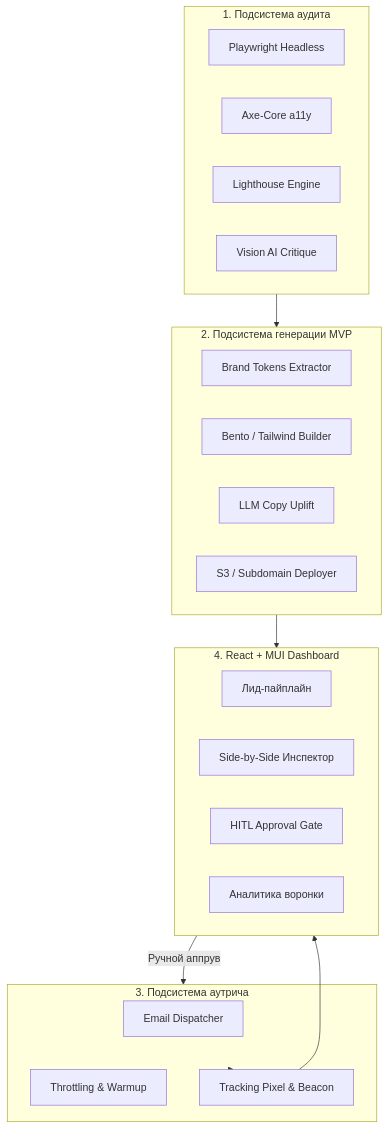
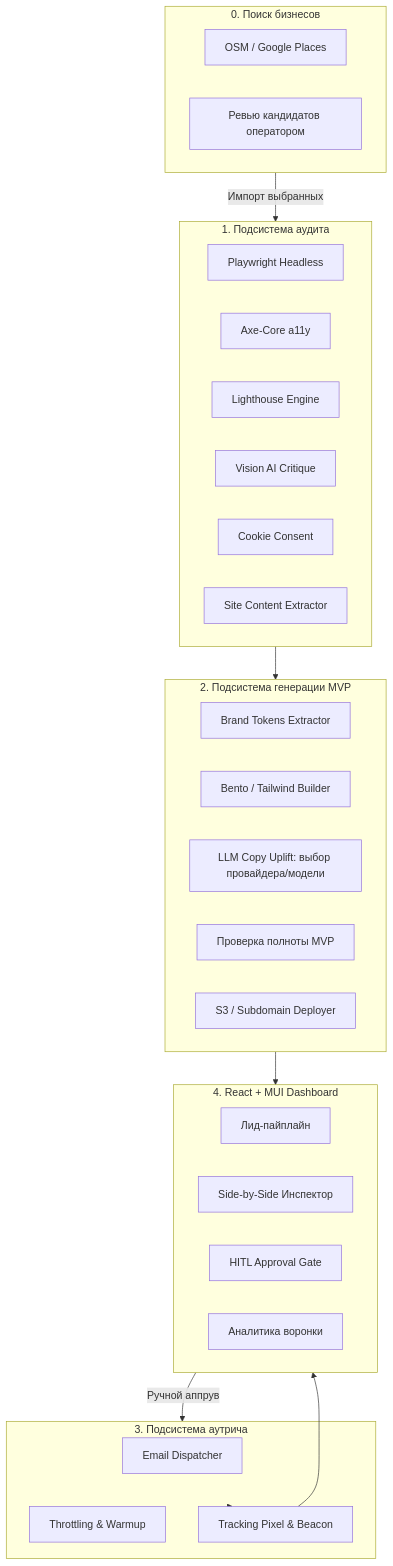
Before and after one commit to yurykurouski/revamp-docs: the diagram in spec.md, drawn with Mermaid. The commit also changed other lines of this file and 6 other files, not shown here.

````diff
--- a/spec.md
+++ b/spec.md
@@ -51,35 +53,44 @@
 ```mermaid
 graph TD
+    subgraph S0 [0. Поиск бизнесов]
+        Maps[OSM / Google Places]
+        Review[Ревью кандидатов оператором]
+    end
+
     subgraph S1 [1. Подсистема аудита]
         Playwright[Playwright Headless]
         Axe[Axe-Core a11y]
         LH[Lighthouse Engine]
         Vision[Vision AI Critique]
+        Consent[Cookie Consent]
+        SiteContent[Site Content Extractor]
     end
 
     subgraph S2 [2. Подсистема генерации MVP]
         Extractor[Brand Tokens Extractor]
         Tailwind[Bento / Tailwind Builder]
-        AI_Copy[LLM Copy Uplift]
+        AI_Copy[LLM Copy Uplift: выбор провайдера/модели]
+        Completeness[Проверка полноты MVP]
         Hosting[S3 / Subdomain Deployer]
     end
 
     subgraph S4 [4. React + MUI Dashboard]
         Kanban[Лид-пайплайн]
         Inspector[Side-by-Side Инспектор]
         HITL_Gate[HITL Approval Gate]
         AnalyticsUI[Аналитика воронки]
     end
 
     subgraph S3 [3. Подсистема аутрича]
         MailQueue[Email Dispatcher]
         Warmup[Throttling & Warmup]
         Pixel[Tracking Pixel & Beacon]
     end
 
+    S0 -->|Импорт выбранных| S1
     S1 --> S2
     S2 --> S4
     S4 -->|Ручной аппрув| S3
     S3 --> Pixel
     Pixel --> S4
 ```
````
